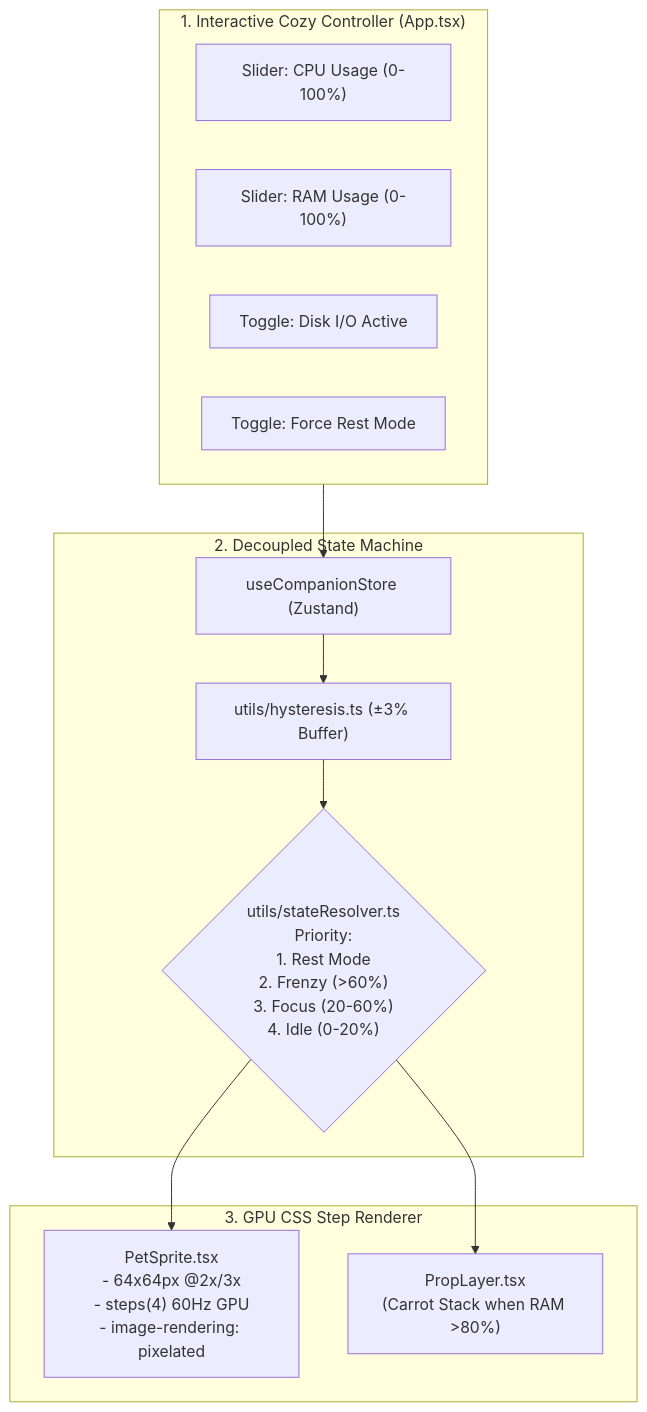
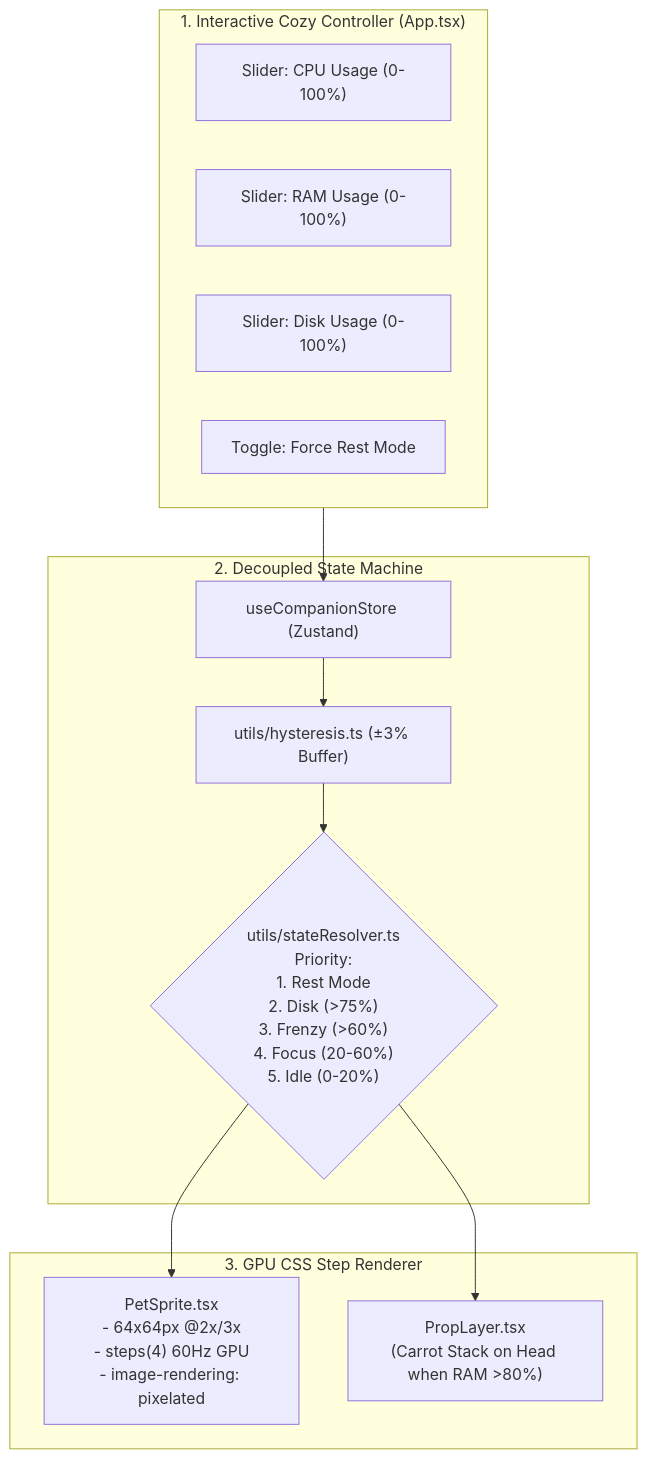
The diagram in non-docs/tasks/2026-08-30-0.1.0-core-sprite-engine.md (vavinon/lofi-bun-companion), drawn with Mermaid before and after one commit. The commit also changed other lines of this file and 8 other files, not shown here.

````diff
--- a/non-docs/tasks/2026-08-30-0.1.0-core-sprite-engine.md
+++ b/non-docs/tasks/2026-08-30-0.1.0-core-sprite-engine.md
@@ -31,25 +37,25 @@
 ```mermaid
 flowchart TD
     subgraph Mock_Input["1. Interactive Cozy Controller (App.tsx)"]
         SliderCPU["Slider: CPU Usage (0-100%)"]
         SliderRAM["Slider: RAM Usage (0-100%)"]
-        ToggleDisk["Toggle: Disk I/O Active"]
+        SliderDisk["Slider: Disk Usage (0-100%)"]
         ToggleRest["Toggle: Force Rest Mode"]
     end
 
     subgraph State_Engine["2. Decoupled State Machine"]
         Store["useCompanionStore (Zustand)"]
         Hysteresis["utils/hysteresis.ts (±3% Buffer)"]
-        StateResolver{"utils/stateResolver.ts\nPriority:\n1. Rest Mode\n2. Frenzy (>60%)\n3. Focus (20-60%)\n4. Idle (0-20%)"}
+        StateResolver{"utils/stateResolver.ts\nPriority:\n1. Rest Mode\n2. Disk (>75%)\n3. Frenzy (>60%)\n4. Focus (20-60%)\n5. Idle (0-20%)"}
     end
 
     subgraph GPU_Renderer["3. GPU CSS Step Renderer"]
         SpriteRenderer["PetSprite.tsx\n- 64x64px @2x/3x\n- steps(4) 60Hz GPU\n- image-rendering: pixelated"]
-        OverlayProp["PropLayer.tsx\n(Carrot Stack when RAM >80%)"]
+        OverlayProp["PropLayer.tsx\n(Carrot Stack on Head when RAM >80%)"]
     end
 
     Mock_Input --> Store
     Store --> Hysteresis --> StateResolver
     StateResolver --> SpriteRenderer
     StateResolver --> OverlayProp
 ```
````
